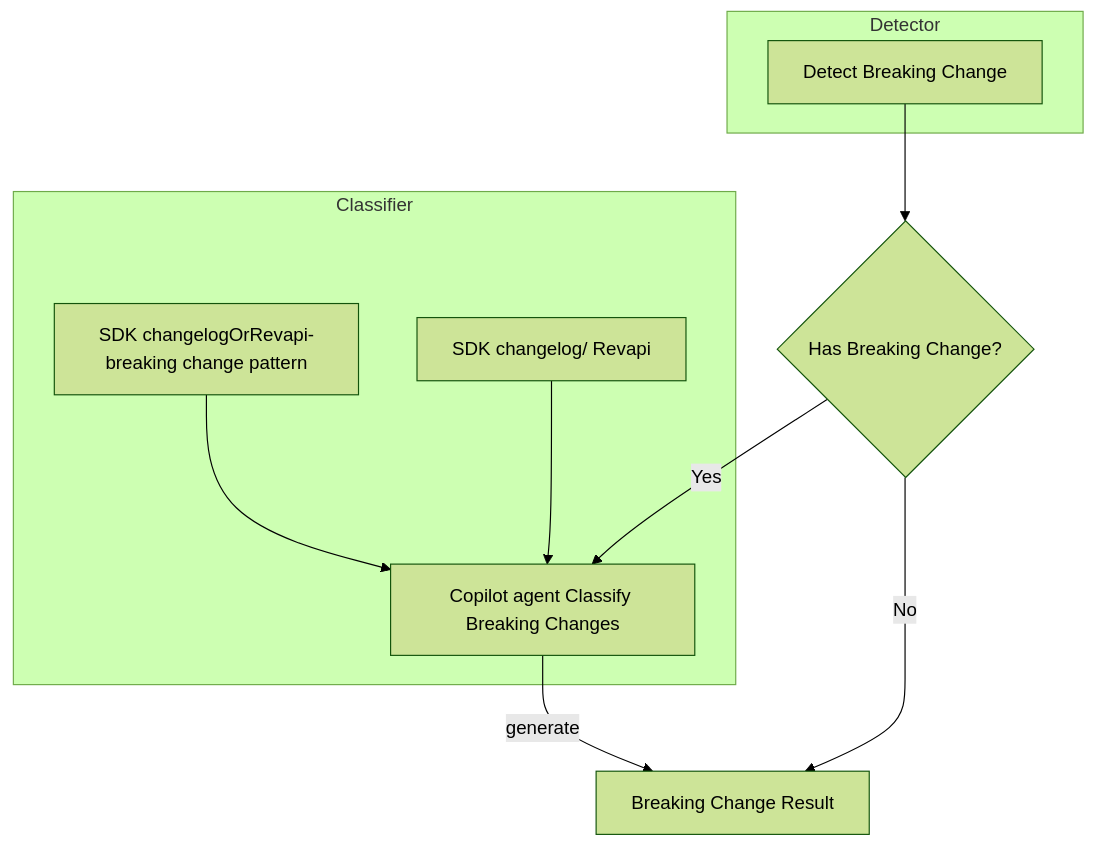
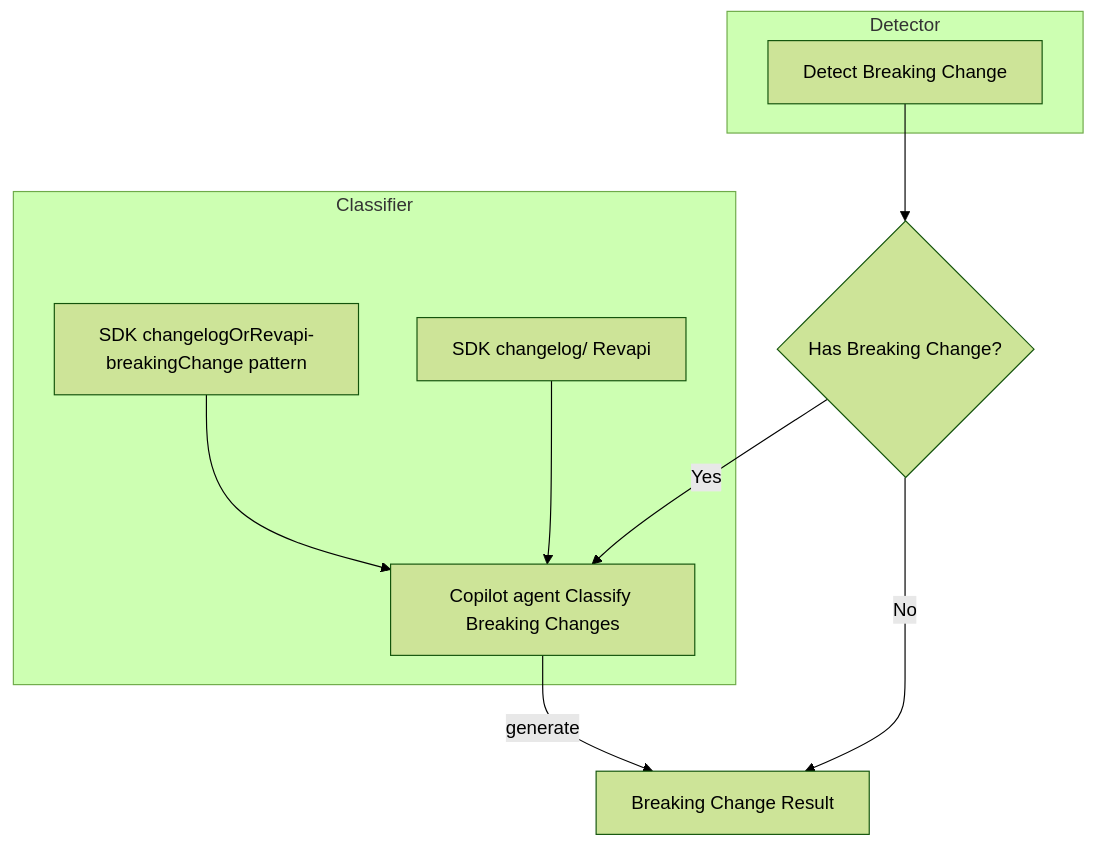
Before and after one commit to Azure/azure-sdk-tools: the first of 2 diagrams in tools/azsdk-cli/docs/specs/sdk-breaking-change-detect.spec.md, drawn with Mermaid (forest theme). The commit also changed other lines of this file, not shown here.

````diff
--- a/tools/azsdk-cli/docs/specs/sdk-breaking-change-detect.spec.md
+++ b/tools/azsdk-cli/docs/specs/sdk-breaking-change-detect.spec.md
@@ -100,24 +100,24 @@
 ```mermaid
 flowchart TD
     A[Detect Breaking Change]
     B{Has Breaking Change?}
     C[Copilot agent Classify Breaking Changes]
     D[Breaking Change Result]
-    E[SDK changelogOrRevapi-breaking change pattern]
+    E[SDK changelogOrRevapi-breakingChange pattern]
     F[SDK changelog/ Revapi]
     subgraph Detector
         A
     end
     subgraph Classifier
         E
         F
         C
     end
 
     A --> B
     B -- Yes --> C
     C --> |generate| D
     B -- No --> D
     E --> C
     F --> C
 ```
````
